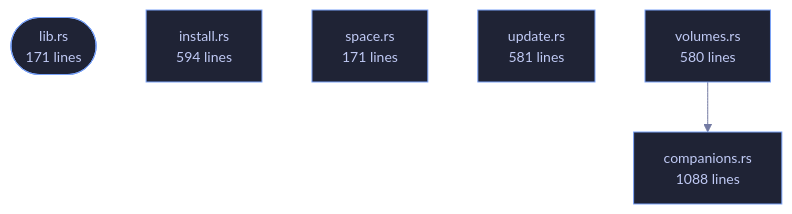
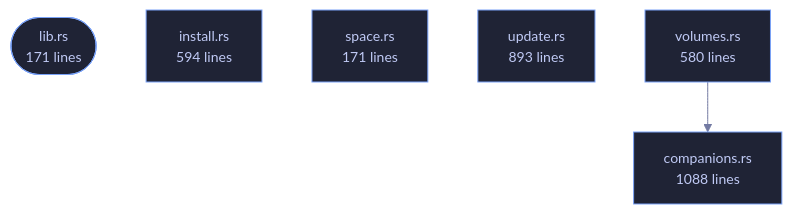
One commit to tilas01/veilvoice changed the diagram in crates/veilvoice-setup/README.md. Above: the diagram before and after it, drawn with Mermaid. The commit also changed other lines of this file and 68 other files, not shown here.

````diff
--- a/crates/veilvoice-setup/README.md
+++ b/crates/veilvoice-setup/README.md
@@ -103,17 +103,17 @@
 ```mermaid
 %%{init: {"theme":"base","themeVariables":{"background":"#1a1b26","primaryColor":"#1f2335","primaryTextColor":"#c0caf5","primaryBorderColor":"#7aa2f7","secondaryColor":"#16161e","tertiaryColor":"#16161e","lineColor":"#737aa2","textColor":"#c0caf5","mainBkg":"#1f2335","nodeBorder":"#7aa2f7","clusterBkg":"#16161e","clusterBorder":"#2f3549","fontFamily":"ui-monospace, SFMono-Regular, Consolas, monospace","fontSize":"14px"}}}%%
 flowchart TD
     n_lib(["lib.rs<br/>171 lines"])
     n_companions["companions.rs<br/>1088 lines"]
     n_install["install.rs<br/>594 lines"]
     n_space["space.rs<br/>171 lines"]
-    n_update["update.rs<br/>581 lines"]
+    n_update["update.rs<br/>893 lines"]
     n_volumes["volumes.rs<br/>580 lines"]
     n_volumes --> n_companions
     click n_lib href "https://github.com/tilas01/veilvoice/blob/main/crates/veilvoice-setup/src/lib.rs" "open the source"
     click n_companions href "https://github.com/tilas01/veilvoice/blob/main/crates/veilvoice-setup/src/companions.rs" "open the source"
     click n_install href "https://github.com/tilas01/veilvoice/blob/main/crates/veilvoice-setup/src/install.rs" "open the source"
     click n_space href "https://github.com/tilas01/veilvoice/blob/main/crates/veilvoice-setup/src/space.rs" "open the source"
     click n_update href "https://github.com/tilas01/veilvoice/blob/main/crates/veilvoice-setup/src/update.rs" "open the source"
     click n_volumes href "https://github.com/tilas01/veilvoice/blob/main/crates/veilvoice-setup/src/volumes.rs" "open the source"
 ```
````
